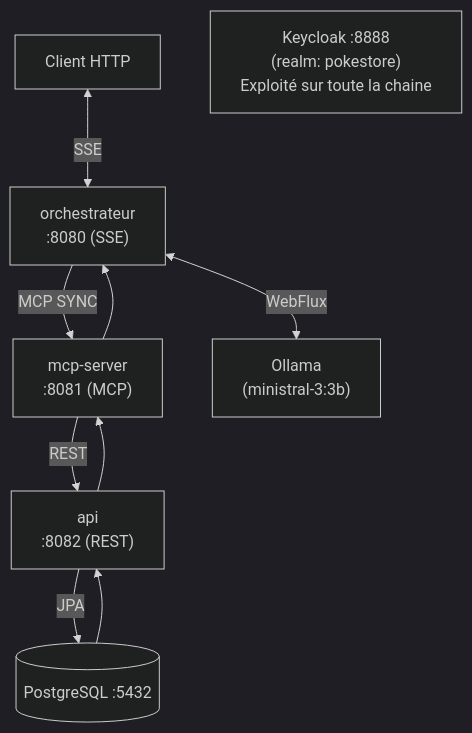
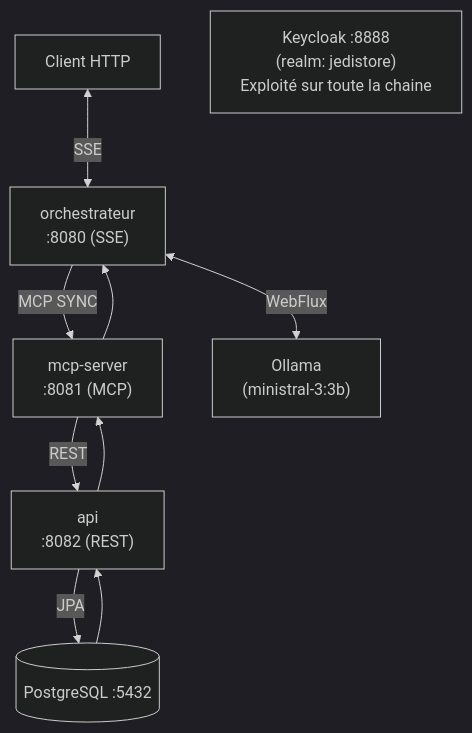
One commit to YohannCaby/jedi-store changed the first of 2 diagrams in README.md. Above: the diagram before and after it, drawn with Mermaid (dark theme). The commit also changed other lines of this file and 134 other files, not shown here.

First line of the commit message:
tech: rename project from pokestore to jedistore

````diff
--- a/README.md
+++ b/README.md
@@ -20,18 +20,18 @@
 ```mermaid
 graph TD
     Client[Client HTTP]
     API["api\n:8082 (REST)"]
     Orchestrateur["orchestrateur\n:8080 (SSE)"]
     MCP["mcp-server\n:8081 (MCP)"]
     Ollama["Ollama\n(ministral-3:3b)"]
-    Keycloak["Keycloak :8888\n(realm: pokestore)\n Exploité sur toute la chaine"]
+    Keycloak["Keycloak :8888\n(realm: jedistore)\n Exploité sur toute la chaine"]
     PostgreSQL[(PostgreSQL :5432)]
 
     Client <-->|SSE| Orchestrateur
 
     Orchestrateur -->|MCP SYNC| MCP --> Orchestrateur
     Orchestrateur <--> |WebFlux| Ollama
     MCP -->|REST| API --> MCP
     API -->|JPA| PostgreSQL --> API
 
 ```
````
